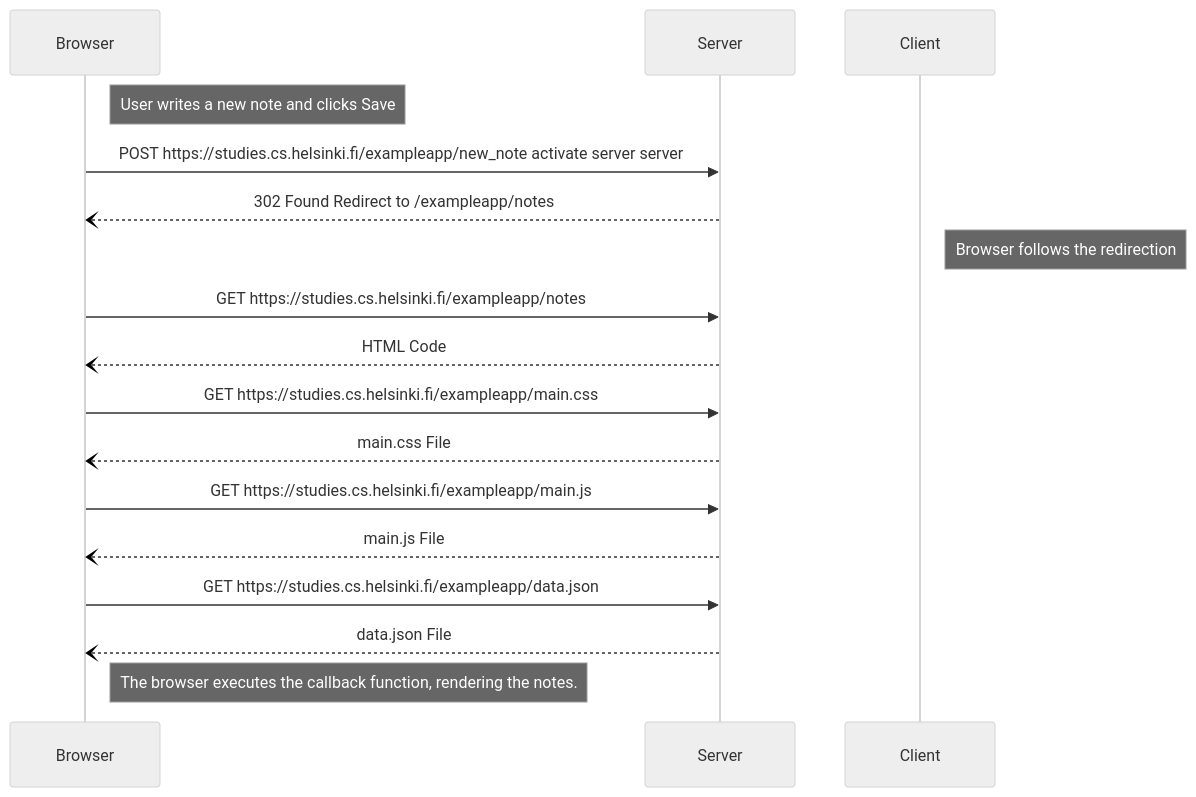
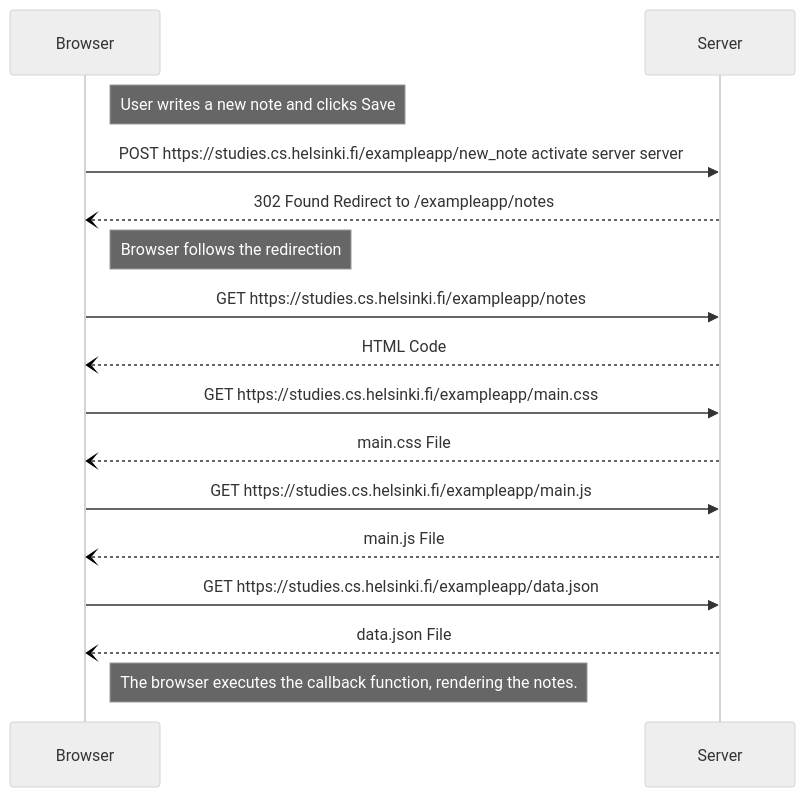
One commit to BeVocalist/Full-Stack-Web-Development changed the first of 2 diagrams in part0/q4.md. Above: the diagram before and after it, drawn with Mermaid (neutral theme).

````diff
--- a/part0/q4.md
+++ b/part0/q4.md
@@ -1,19 +1,19 @@
 ```mermaid
 sequenceDiagram
   participant Browser
   participant Server
   Note right of Browser: User writes a new note and clicks Save
 
   Browser->>Server: POST https://studies.cs.helsinki.fi/exampleapp/new_note activate server server
   Server--)Browser: 302 Found Redirect to /exampleapp/notes
-  Note right of Client: Browser follows the redirection
+  Note right of Browser: Browser follows the redirection
   Browser->>Server: GET https://studies.cs.helsinki.fi/exampleapp/notes
   Server--)Browser: HTML Code
   Browser->>Server: GET https://studies.cs.helsinki.fi/exampleapp/main.css
   Server--)Browser: main.css File
   Browser->>Server: GET https://studies.cs.helsinki.fi/exampleapp/main.js
   Server--)Browser: main.js File
   Browser->>Server: GET https://studies.cs.helsinki.fi/exampleapp/data.json
   Server--)Browser: data.json File
   Note right of Browser: The browser executes the callback function, rendering the notes.
 ```
````
